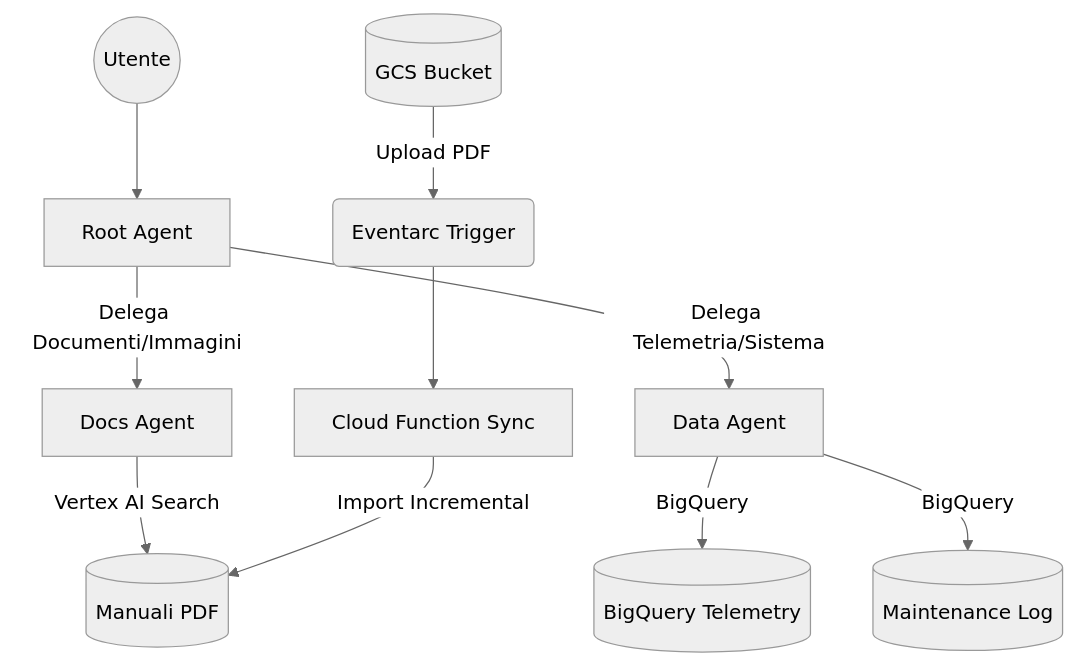
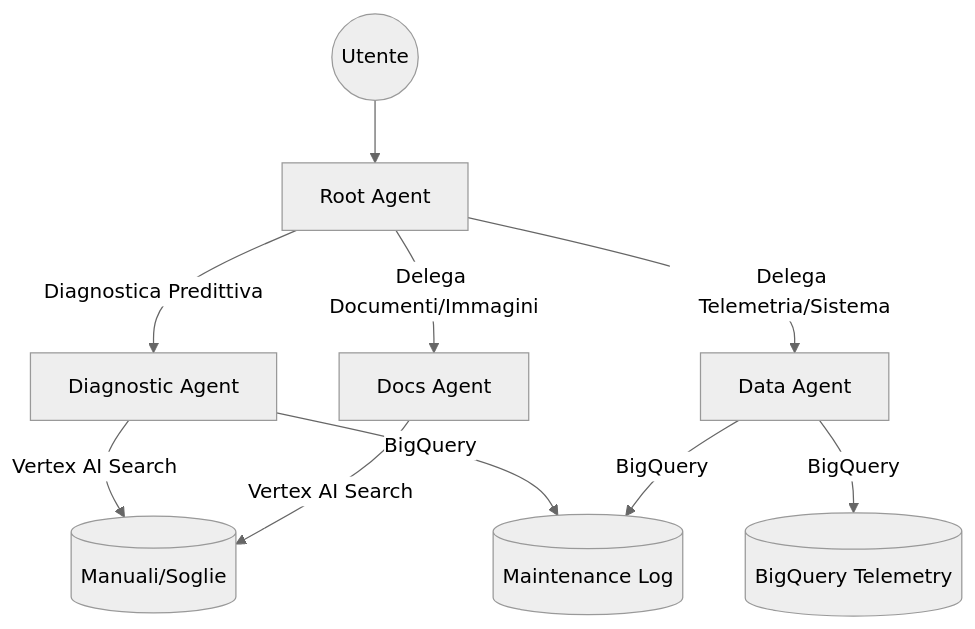
One commit to LucaBalduzziHuware/huware-kvswiss-poc-ai-agent changed the diagram in README.md. Above: the diagram before and after it, drawn with Mermaid (neutral theme). The commit also changed other lines of this file and 11 other files, not shown here.

````diff
--- a/README.md
+++ b/README.md
@@ -13,14 +14,13 @@
 ```mermaid
 graph TD
     User((Utente)) --> Root[Root Agent]
+    Root -->|Diagnostica Predittiva| Diagnostic[Diagnostic Agent]
     Root -->|Delega Documenti/Immagini| Docs[Docs Agent]
     Root -->|Delega Telemetria/Sistema| Data[Data Agent]
-    
-    Docs -->|Vertex AI Search| Manuals[(Manuali PDF)]
+
+    Diagnostic -->|Vertex AI Search| Manuals[(Manuali/Soglie)]
+    Diagnostic -->|BigQuery| MaintLog[(Maintenance Log)]
+    Docs -->|Vertex AI Search| Manuals
     Data -->|BigQuery| Telemetry[(BigQuery Telemetry)]
-    Data -->|BigQuery| MaintLog[(Maintenance Log)]
-    
-    Bucket[(GCS Bucket)] -- Upload PDF --> Eventarc(Eventarc Trigger)
-    Eventarc --> CF[Cloud Function Sync]
-    CF -->|Import Incremental| Manuals
+    Data -->|BigQuery| MaintLog
 ```
````
